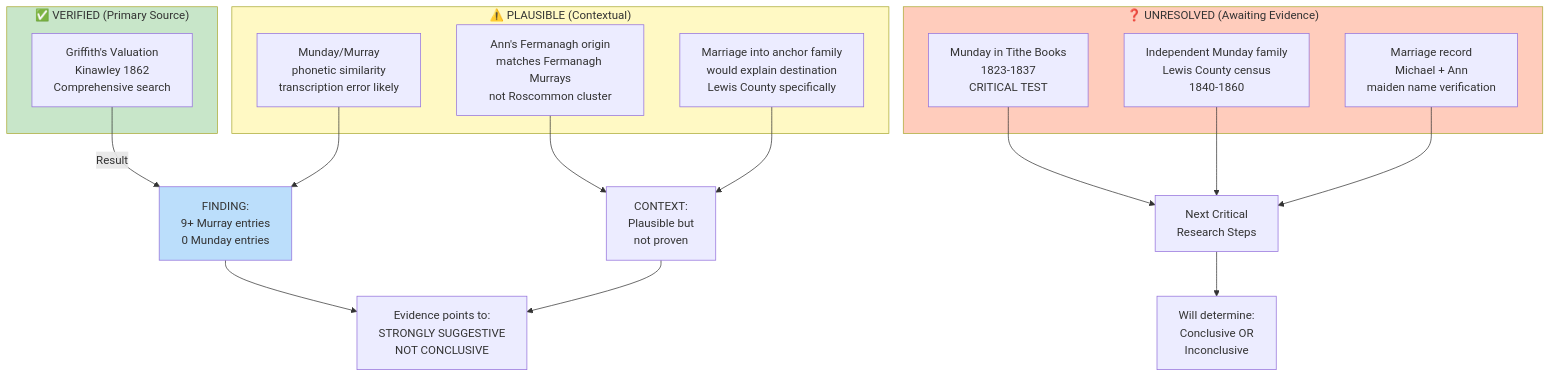
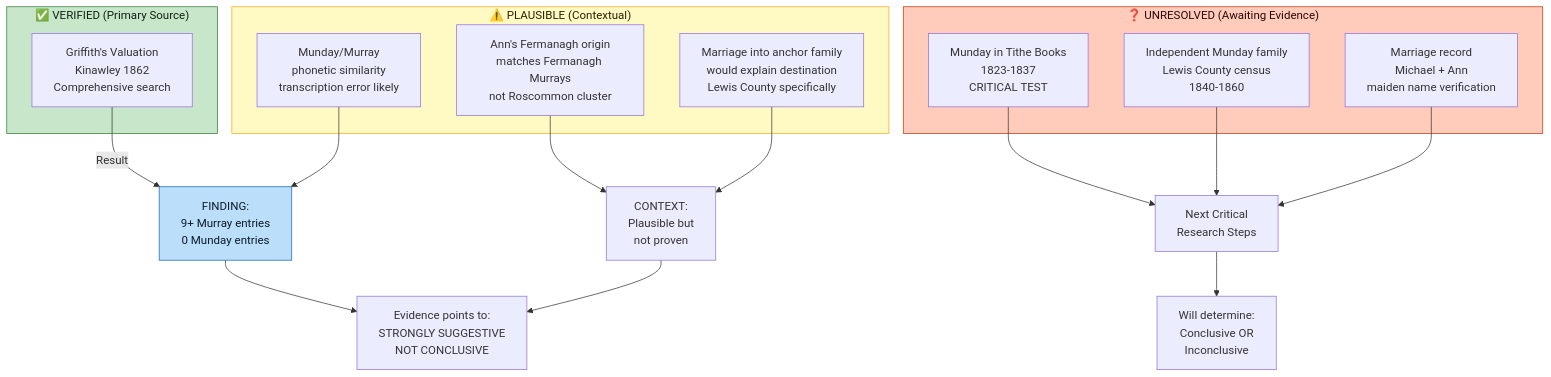
Before and after one commit to zcopley/copley-family-research: the second of 2 diagrams in .agents/_AGENT_HANDOFF_PHASE_2M.md, drawn with Mermaid. The commit also changed other lines of this file and 14 other files, not shown here.

Commit message:
Enforce Mermaid diagram contrast

````diff
--- a/.agents/_AGENT_HANDOFF_PHASE_2M.md
+++ b/.agents/_AGENT_HANDOFF_PHASE_2M.md
@@ -157,38 +157,38 @@
 ```mermaid
 graph TB
     subgraph VERIFIED["✅ VERIFIED (Primary Source)"]
         V1["Griffith's Valuation<br/>Kinawley 1862<br/>Comprehensive search"]
     end
     
     subgraph PLAUSIBLE["⚠️ PLAUSIBLE (Contextual)"]
         P1["Munday/Murray<br/>phonetic similarity<br/>transcription error likely"]
         P2["Ann's Fermanagh origin<br/>matches Fermanagh Murrays<br/>not Roscommon cluster"]
         P3["Marriage into anchor family<br/>would explain destination<br/>Lewis County specifically"]
     end
     
     subgraph UNRESOLVED["❓ UNRESOLVED (Awaiting Evidence)"]
         U1["Munday in Tithe Books<br/>1823-1837<br/>CRITICAL TEST"]
         U2["Independent Munday family<br/>Lewis County census<br/>1840-1860"]
         U3["Marriage record<br/>Michael + Ann<br/>maiden name verification"]
     end
     
     V1 -->|Result| FINDING["FINDING:<br/>9+ Murray entries<br/>0 Munday entries"]
     
     P1 --> FINDING
     P2 --> CONTEXT["CONTEXT:<br/>Plausible but<br/>not proven"]
     P3 --> CONTEXT
     
     FINDING --> PATHWAY["Evidence points to:<br/>STRONGLY SUGGESTIVE<br/>NOT CONCLUSIVE"]
     CONTEXT --> PATHWAY
     
     U1 --> NEXT_TEST["Next Critical<br/>Research Steps"]
     U2 --> NEXT_TEST
     U3 --> NEXT_TEST
     
     NEXT_TEST --> VERDICT["Will determine:<br/>Conclusive OR<br/>Inconclusive"]
     
-    style VERIFIED fill:#c8e6c9
-    style PLAUSIBLE fill:#fff9c4
-    style UNRESOLVED fill:#ffccbc
-    style FINDING fill:#bbdefb
+    style VERIFIED fill:#c8e6c9,stroke:#2e7d32,color:#102411
+    style PLAUSIBLE fill:#fff9c4,stroke:#f9a825,color:#2a2100
+    style UNRESOLVED fill:#ffccbc,stroke:#bf360c,color:#2b0707
+    style FINDING fill:#bbdefb,stroke:#1565c0,color:#0d1b2a
 ```
````
